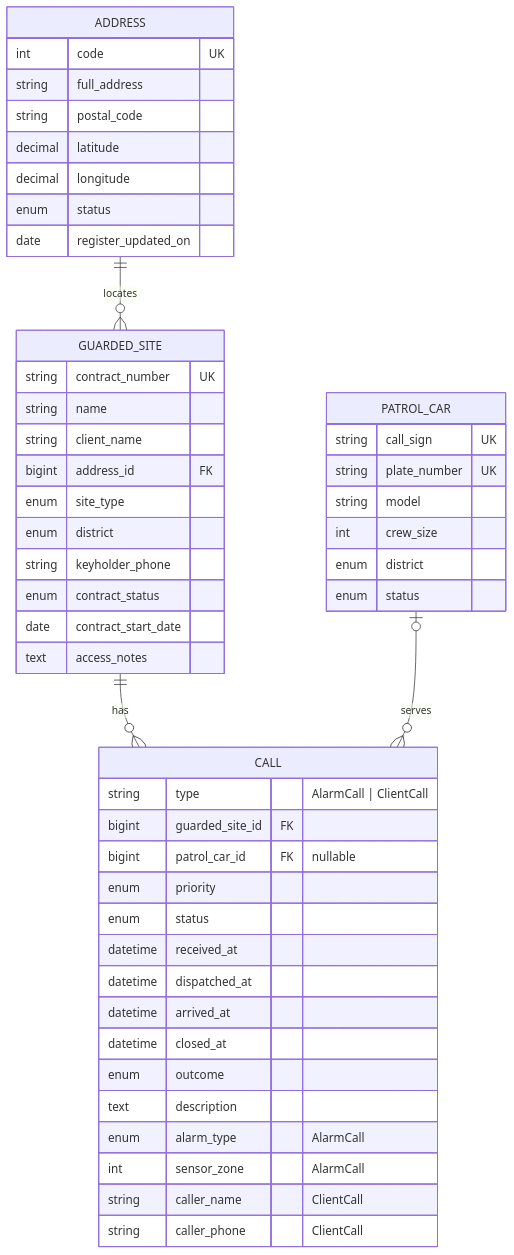
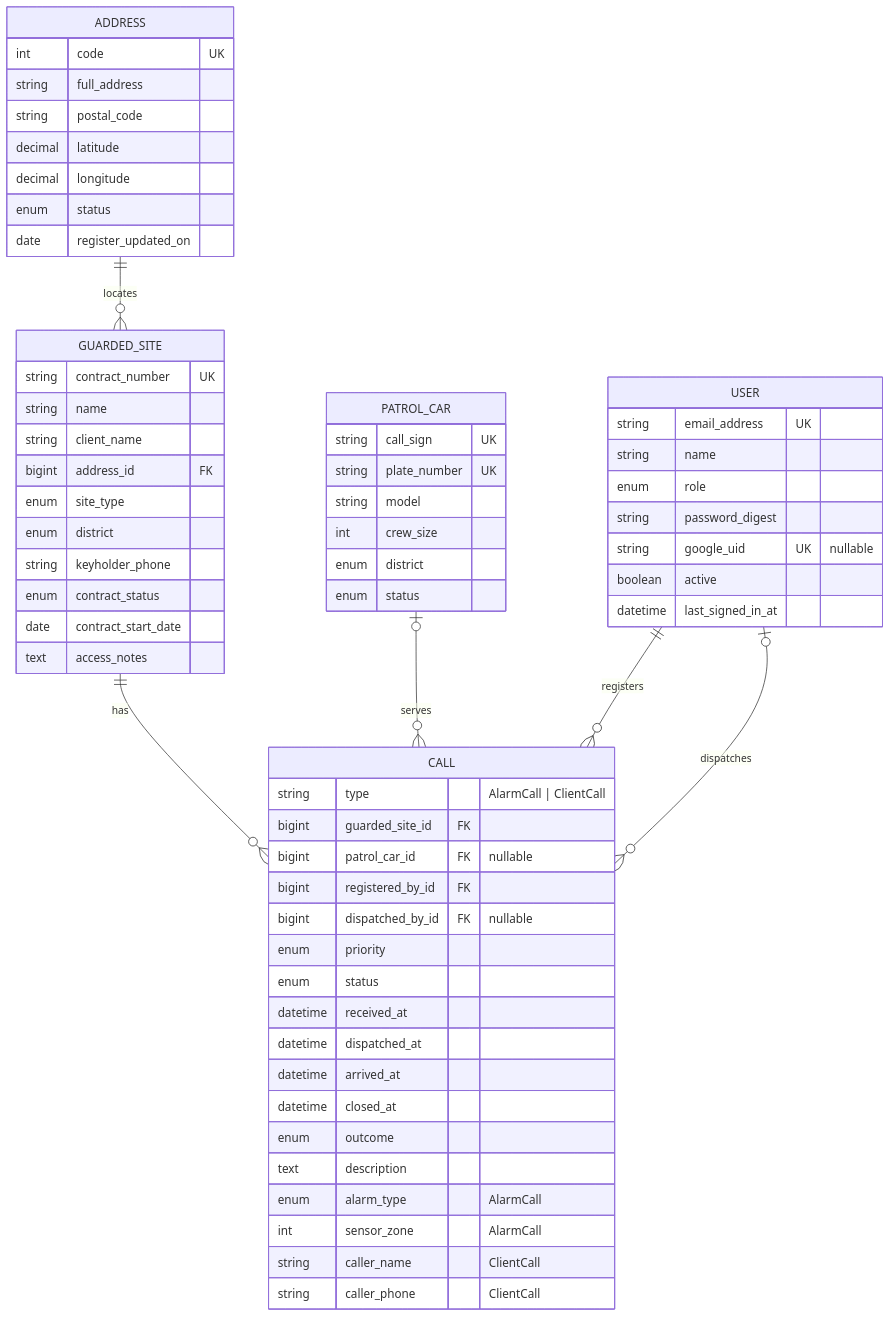
Before and after one commit to jromanovs/patrol-call-system: the first of 2 diagrams in SPECIFICATION.md, drawn with Mermaid. The commit also changed other lines of this file, not shown here.

First line of the commit message:
docs(spec): sign-in with ALTCHA and Google, users and roles (#20)

````diff
--- a/SPECIFICATION.md
+++ b/SPECIFICATION.md
@@ -153,52 +176,65 @@
 ```mermaid
 erDiagram
     ADDRESS ||--o{ GUARDED_SITE : "locates"
     GUARDED_SITE ||--o{ CALL : "has"
     PATROL_CAR |o--o{ CALL : "serves"
+    USER ||--o{ CALL : "registers"
+    USER |o--o{ CALL : "dispatches"
     ADDRESS {
         int code UK
         string full_address
         string postal_code
         decimal latitude
         decimal longitude
         enum status
         date register_updated_on
     }
     GUARDED_SITE {
         string contract_number UK
         string name
         string client_name
         bigint address_id FK
         enum site_type
         enum district
         string keyholder_phone
         enum contract_status
         date contract_start_date
         text access_notes
     }
     PATROL_CAR {
         string call_sign UK
         string plate_number UK
         string model
         int crew_size
         enum district
         enum status
     }
+    USER {
+        string email_address UK
+        string name
+        enum role
+        string password_digest
+        string google_uid UK "nullable"
+        boolean active
+        datetime last_signed_in_at
+    }
     CALL {
         string type "AlarmCall | ClientCall"
         bigint guarded_site_id FK
         bigint patrol_car_id FK "nullable"
+        bigint registered_by_id FK
+        bigint dispatched_by_id FK "nullable"
         enum priority
         enum status
         datetime received_at
         datetime dispatched_at
         datetime arrived_at
         datetime closed_at
         enum outcome
         text description
         enum alarm_type "AlarmCall"
         int sensor_zone "AlarmCall"
         string caller_name "ClientCall"
         string caller_phone "ClientCall"
     }
 ```
````
